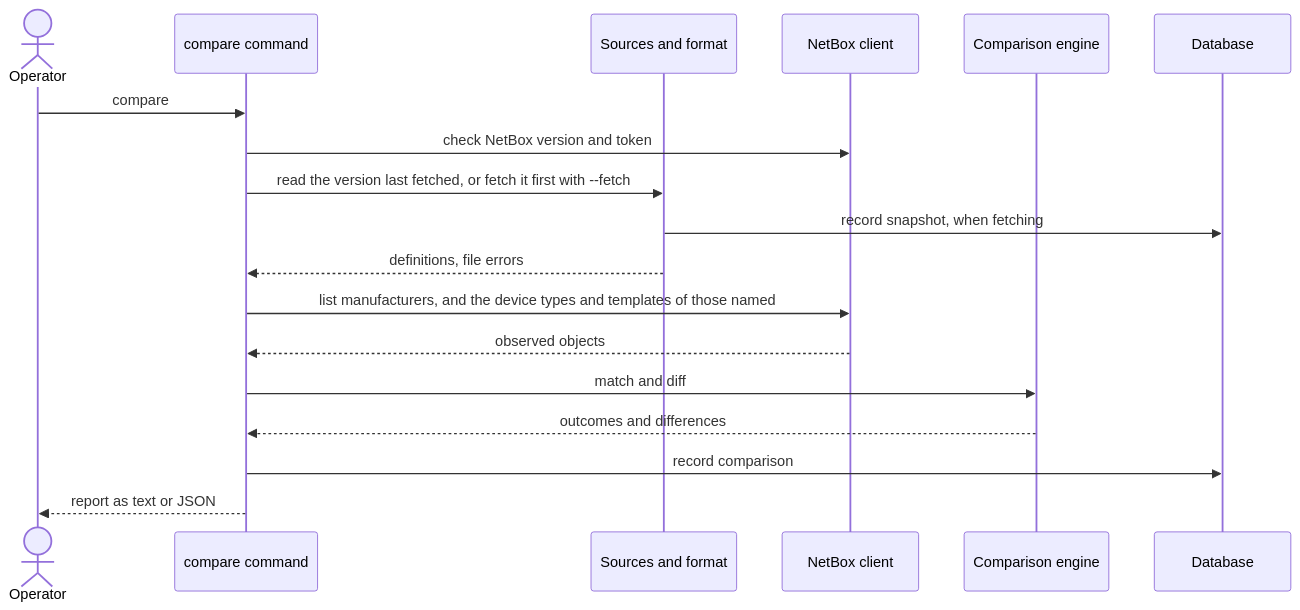
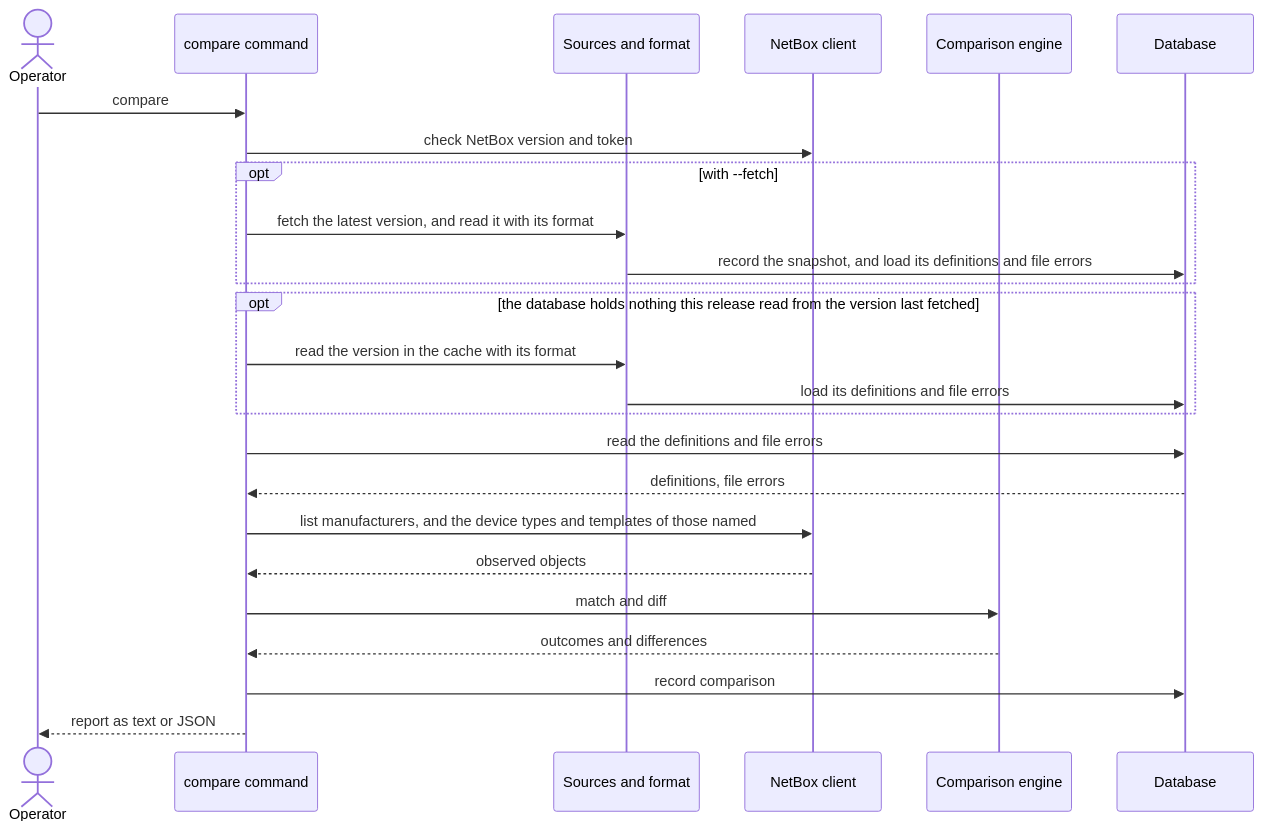
The third of 10 diagrams in docs/architecture.md (zeddD1abl0/netbox-trueup-ai), drawn with Mermaid before and after one commit. The commit also changed other lines of this file and 52 other files, not shown here.

First line of the commit message:
feat(source): load each source's definitions into the database (#26)

````diff
--- a/docs/architecture.md
+++ b/docs/architecture.md
@@ -144,21 +145,28 @@
 ```mermaid
 sequenceDiagram
     actor Op as Operator
     participant CLI as compare command
     participant Src as Sources and format
     participant NB as NetBox client
     participant Cmp as Comparison engine
     participant DB as Database
 
     Op->>CLI: compare
     CLI->>NB: check NetBox version and token
-    CLI->>Src: read the version last fetched, or fetch it first with --fetch
-    Src->>DB: record snapshot, when fetching
-    Src-->>CLI: definitions, file errors
+    opt with --fetch
+        CLI->>Src: fetch the latest version, and read it with its format
+        Src->>DB: record the snapshot, and load its definitions and file errors
+    end
+    opt the database holds nothing this release read from the version last fetched
+        CLI->>Src: read the version in the cache with its format
+        Src->>DB: load its definitions and file errors
+    end
+    CLI->>DB: read the definitions and file errors
+    DB-->>CLI: definitions, file errors
     CLI->>NB: list manufacturers, and the device types and templates of those named
     NB-->>CLI: observed objects
     CLI->>Cmp: match and diff
     Cmp-->>CLI: outcomes and differences
     CLI->>DB: record comparison
     CLI-->>Op: report as text or JSON
 ```
````
